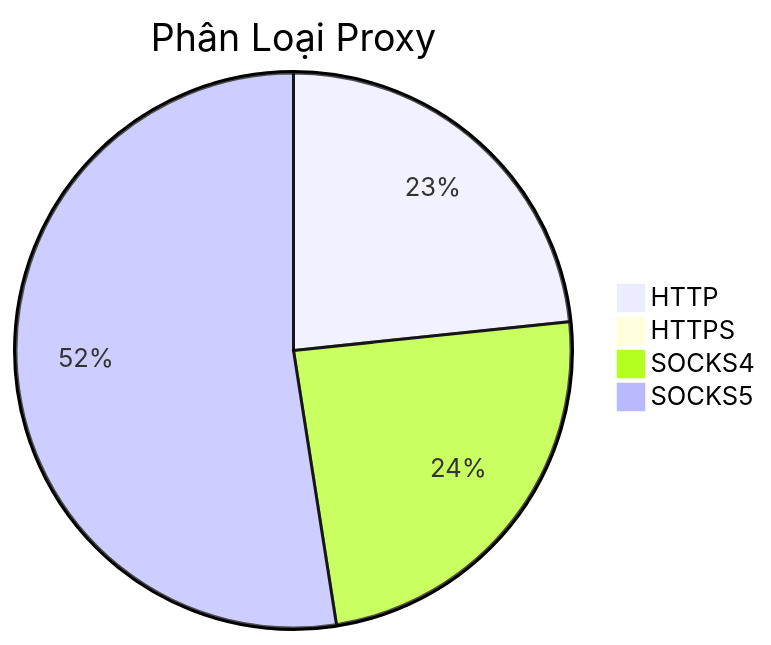
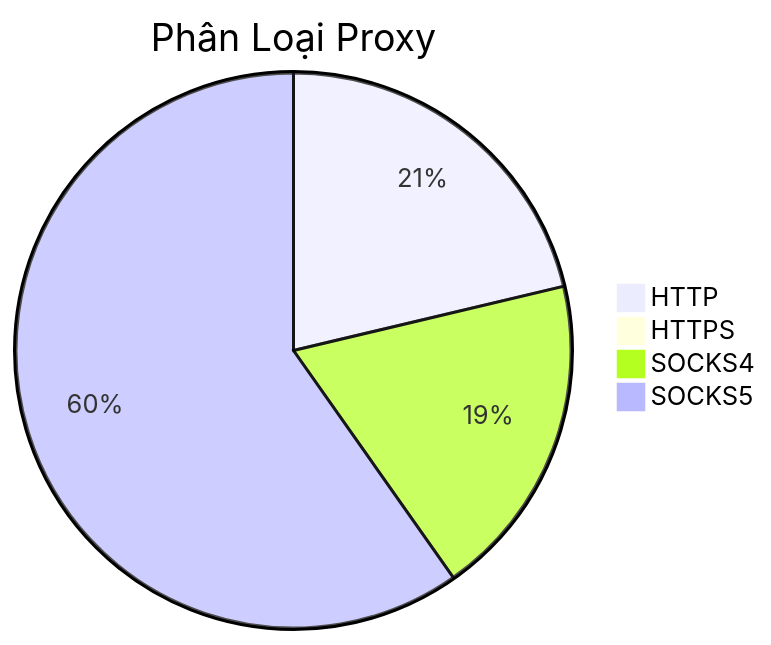
One commit to Ciara-Aa/PROXY-free changed the diagram in README.md. Above: the diagram before and after it, drawn with Mermaid. The commit also changed other lines of this file and 4 other files, not shown here.

````diff
--- a/README.md
+++ b/README.md
@@ -26,7 +26,7 @@
 ```mermaid
 pie title Phân Loại Proxy
-    "HTTP" : 198
-    "HTTPS" : 2
-    "SOCKS4" : 205
-    "SOCKS5" : 445
+    "HTTP" : 228
+    "HTTPS" : 3
+    "SOCKS4" : 203
+    "SOCKS5" : 640
 ```
````
